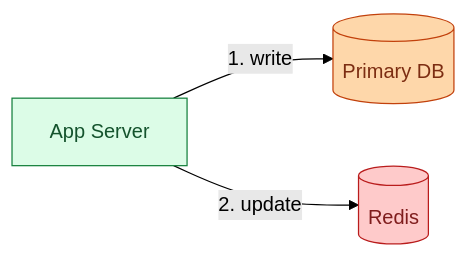
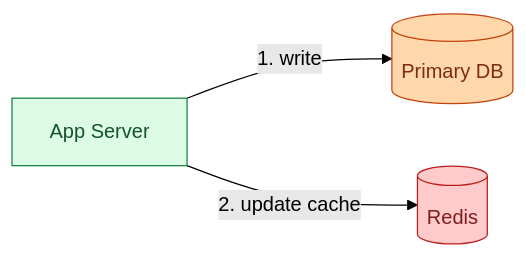
Before and after one commit to shiningflash/system-design: the second of 10 diagrams in problems/017-read-heavy-patterns/solution.md, drawn with Mermaid (forest theme). The commit also changed other lines of this file and 37 other files, not shown here.

````diff
--- a/problems/017-read-heavy-patterns/solution.md
+++ b/problems/017-read-heavy-patterns/solution.md
@@ -81,9 +81,9 @@
 ```mermaid
 flowchart LR
     App["App Server"]:::app -->|"1. write"| DB[("Primary DB")]:::db
-    App -->|"2. update"| Redis[("Redis")]:::cache
+    App -->|"2. update cache"| Redis[("Redis")]:::cache
 
     classDef app fill:#dcfce7,stroke:#15803d,color:#14532d
     classDef cache fill:#fecaca,stroke:#b91c1c,color:#7f1d1d
     classDef db fill:#fed7aa,stroke:#c2410c,color:#7c2d12
 ```
````
